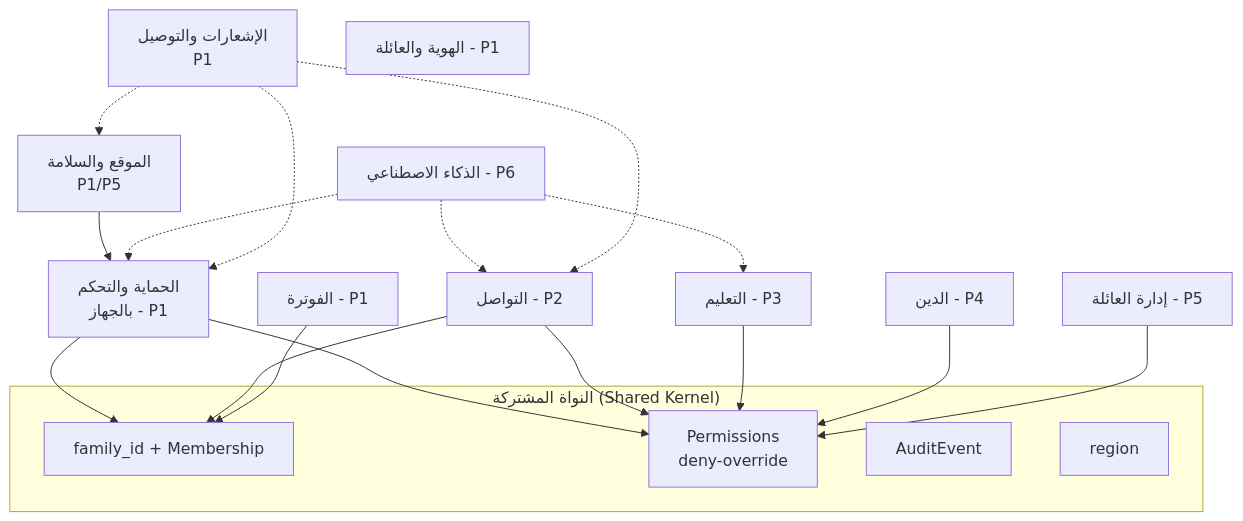
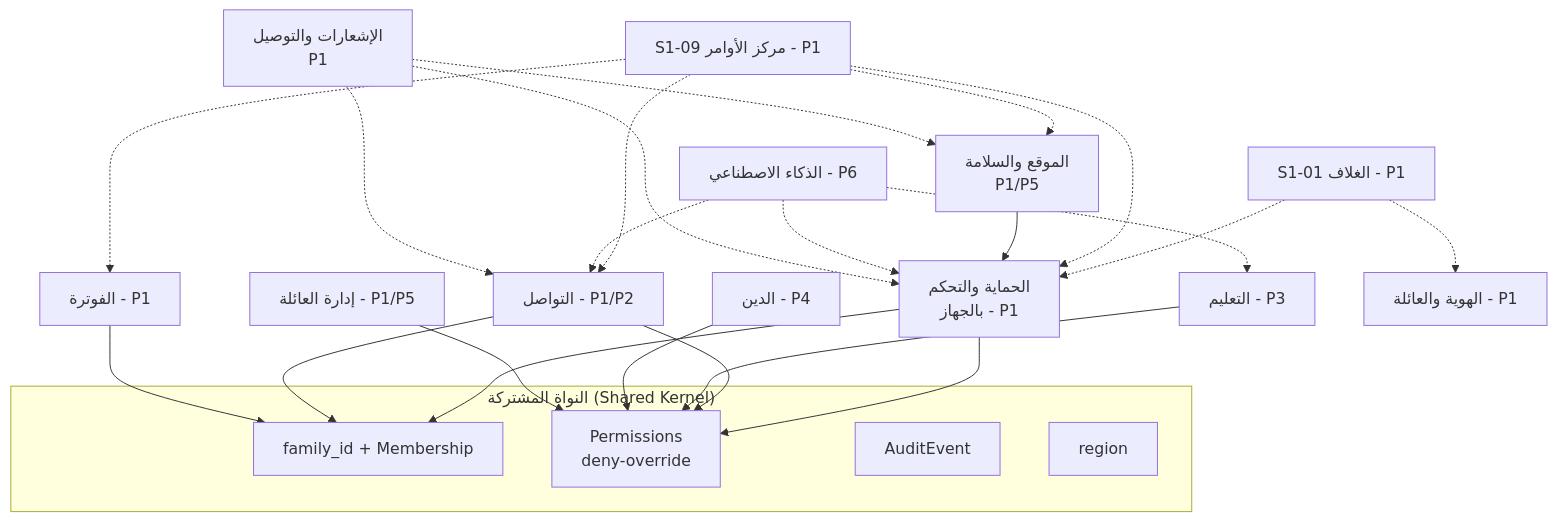
The diagram in docs/family-os/governance/architecture/CONTEXT-MAP.md (Bassam-mohammed-alqaeadi/family-os-v2), drawn with Mermaid before and after one commit. The commit also changed other lines of this file and 11 other files, not shown here.

````diff
--- a/docs/family-os/governance/architecture/CONTEXT-MAP.md
+++ b/docs/family-os/governance/architecture/CONTEXT-MAP.md
@@ -78,34 +92,42 @@
 ```mermaid
 graph TD
     subgraph Kernel["النواة المشتركة (Shared Kernel)"]
         F[family_id + Membership]
         P[Permissions<br/>deny-override]
         A[AuditEvent]
         R[region]
     end
     PROT[الحماية والتحكم<br/>بالجهاز - P1]
     LOC[الموقع والسلامة<br/>P1/P5]
-    MSG[التواصل - P2]
+    MSG[التواصل - P1/P2]
     EDU[التعليم - P3]
     REL[الدين - P4]
-    COORD[إدارة العائلة - P5]
+    COORD[إدارة العائلة - P1/P5]
     AI[الذكاء الاصطناعي - P6]
     BILL[الفوترة - P1]
     NOTIF[الإشعارات والتوصيل<br/>P1]
     ID[الهوية والعائلة - P1]
+    SHELL[S1-01 الغلاف - P1]
+    HUB[S1-09 مركز الأوامر - P1]
+    SHELL -.-> PROT
+    SHELL -.-> ID
+    HUB -.-> PROT
+    HUB -.-> MSG
+    HUB -.-> LOC
+    HUB -.-> BILL
     PROT --> P
     PROT --> F
     LOC --> PROT
     MSG --> P
     MSG --> F
     EDU --> P
     REL --> P
     COORD --> P
     AI -.-> PROT
     AI -.-> MSG
     AI -.-> EDU
     BILL --> F
     NOTIF -.-> PROT
     NOTIF -.-> MSG
     NOTIF -.-> LOC
 ```
````
